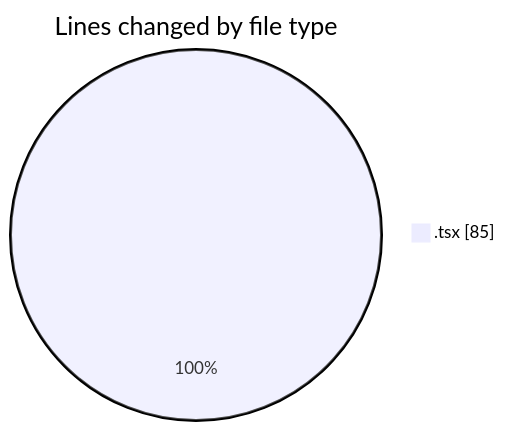
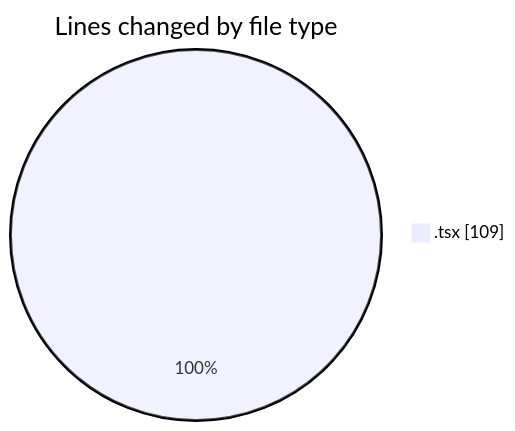
The first of 2 diagrams in 2025-10-17/eventscop-frontend-guide__workspace_/README.md (julien-gomy/code-tracking), drawn with Mermaid before and after one commit. The commit also changed other lines of this file and 1 other file, not shown here.

````diff
--- a/2025-10-17/eventscop-frontend-guide__workspace_/README.md
+++ b/2025-10-17/eventscop-frontend-guide__workspace_/README.md
@@ -20,5 +22,5 @@
 ```mermaid
 pie showData
 title Lines changed by file type
-".tsx" : 85
+".tsx" : 109
 ```
````
